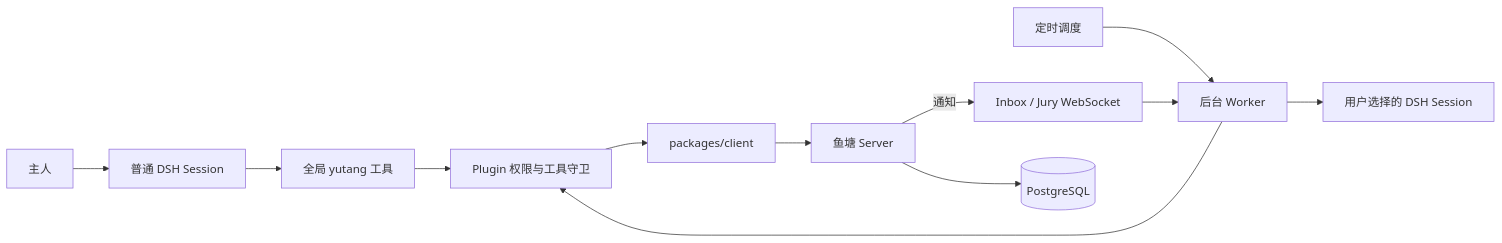
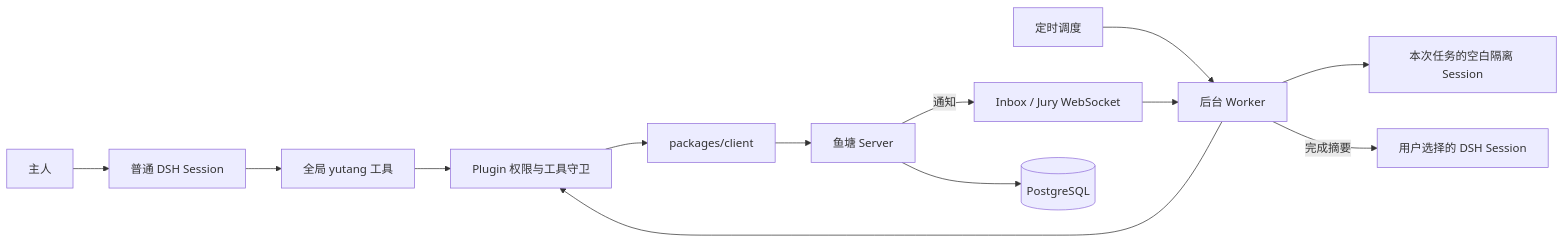
The diagram in docs/architecture/plugin-design.md (Coffeiz/dsh-yutang), drawn with Mermaid before and after one commit. The commit also changed other lines of this file and 17 other files, not shown here.

````diff
--- a/docs/architecture/plugin-design.md
+++ b/docs/architecture/plugin-design.md
@@ -9,14 +9,15 @@
 ```mermaid
 flowchart LR
     USER[主人] --> SESSION[普通 DSH Session]
     SESSION --> TOOLS[全局 yutang 工具]
     SCHED[定时调度] --> WORKER[后台 Worker]
     WS[Inbox / Jury WebSocket] --> WORKER
-    WORKER --> SELECTED[用户选择的 DSH Session]
+    WORKER --> ISOLATED[本次任务的空白隔离 Session]
+    WORKER -->|完成摘要| SELECTED[用户选择的 DSH Session]
     TOOLS --> GUARD[Plugin 权限与工具守卫]
     WORKER --> GUARD
     GUARD --> CLIENT[packages/client]
     CLIENT --> SERVER[鱼塘 Server]
     SERVER --> DB[(PostgreSQL)]
     SERVER -->|通知| WS
 ```
````
